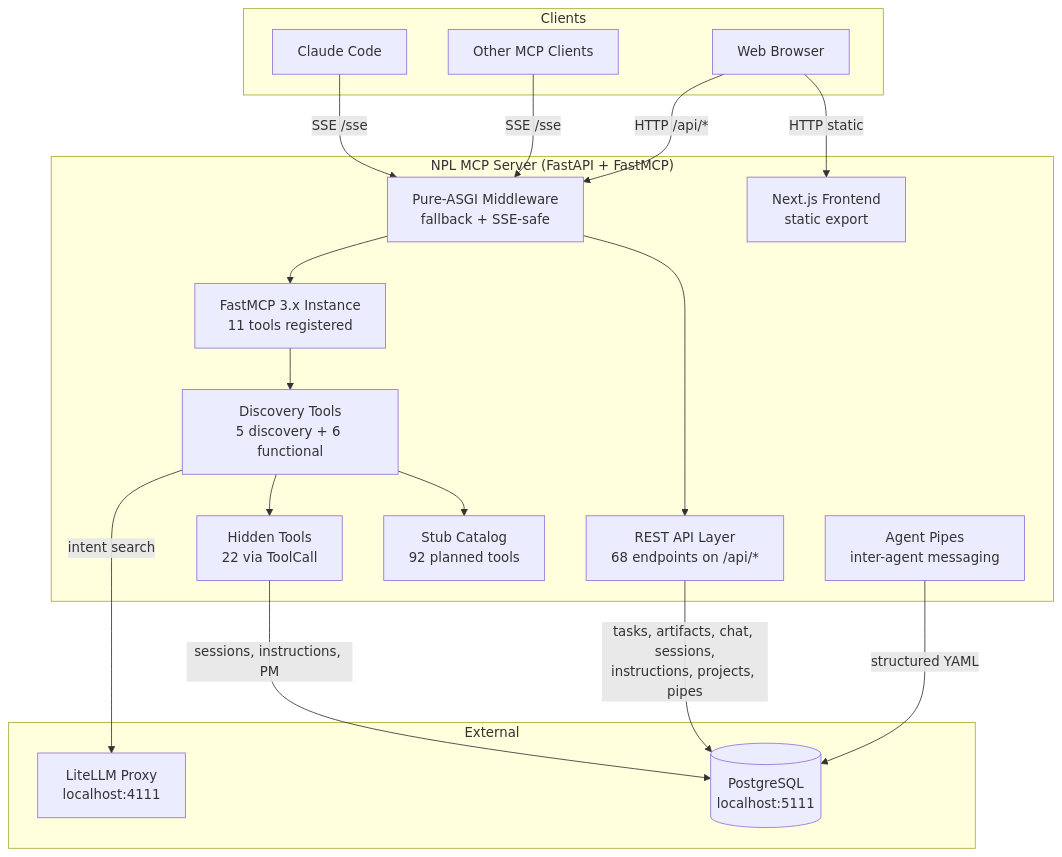
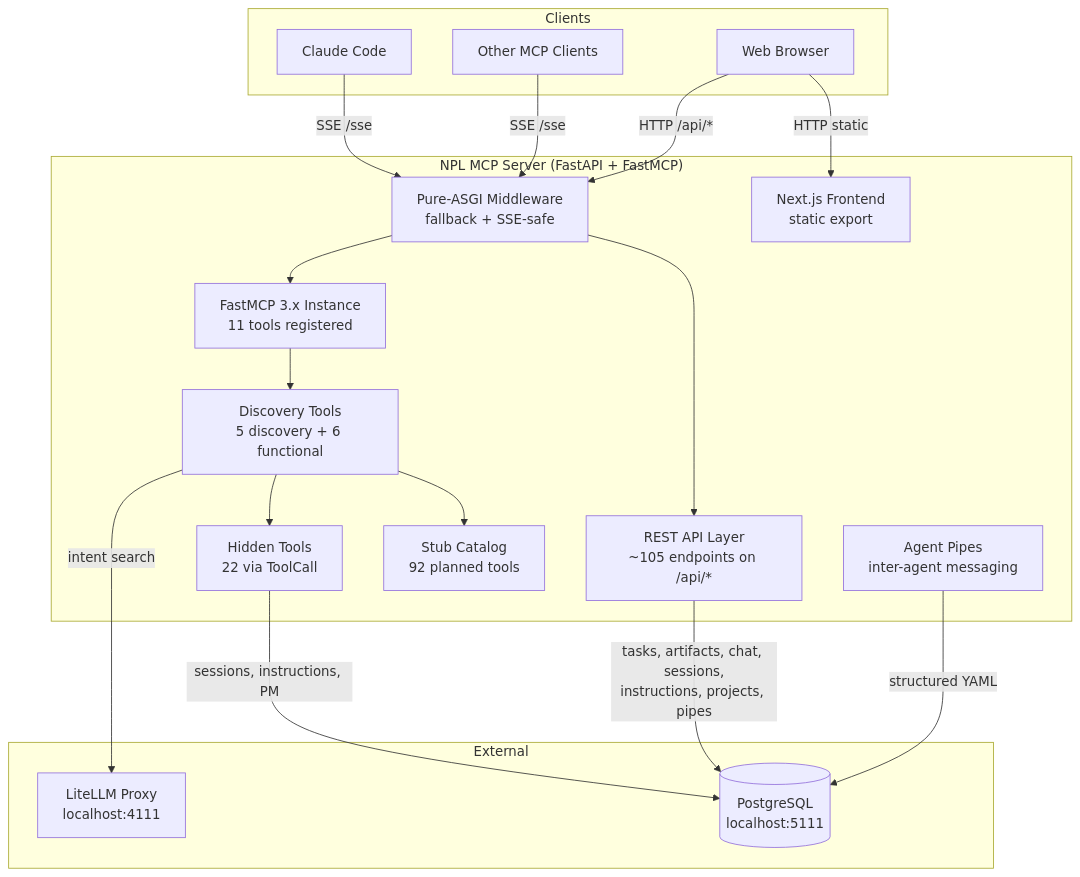
One commit to noizu-labs-ml/NoizuPromptLingo changed the diagram in docs/PROJ-ARCH.md. Above: the diagram before and after it, drawn with Mermaid. The commit also changed other lines of this file and 6 other files, not shown here.

````diff
--- a/docs/PROJ-ARCH.md
+++ b/docs/PROJ-ARCH.md
@@ -11,38 +11,38 @@
 ```mermaid
 graph TB
     subgraph Clients
         CC[Claude Code]
         Other[Other MCP Clients]
         Browser[Web Browser]
     end
 
     subgraph "NPL MCP Server (FastAPI + FastMCP)"
         MW[Pure-ASGI Middleware<br/>fallback + SSE-safe]
         MCP[FastMCP 3.x Instance<br/>11 tools registered]
-        REST[REST API Layer<br/>68 endpoints on /api/*]
+        REST[REST API Layer<br/>~105 endpoints on /api/*]
         Meta[Discovery Tools<br/>5 discovery + 6 functional]
         Hidden[Hidden Tools<br/>22 via ToolCall]
         Stubs[Stub Catalog<br/>92 planned tools]
         Pipes[Agent Pipes<br/>inter-agent messaging]
         FE[Next.js Frontend<br/>static export]
     end
 
     subgraph External
         LLM[LiteLLM Proxy<br/>localhost:4111]
         DB[(PostgreSQL<br/>localhost:5111)]
     end
 
     CC -->|SSE /sse| MW
     Other -->|SSE /sse| MW
     Browser -->|HTTP /api/*| MW
     Browser -->|HTTP static| FE
     MW --> MCP
     MW --> REST
     MCP --> Meta
     Meta --> Hidden
     Meta --> Stubs
     Meta -->|intent search| LLM
     Hidden -->|sessions, instructions, PM| DB
     REST -->|tasks, artifacts, chat, sessions,<br/>instructions, projects, pipes| DB
     Pipes -->|structured YAML| DB
 ```
````
